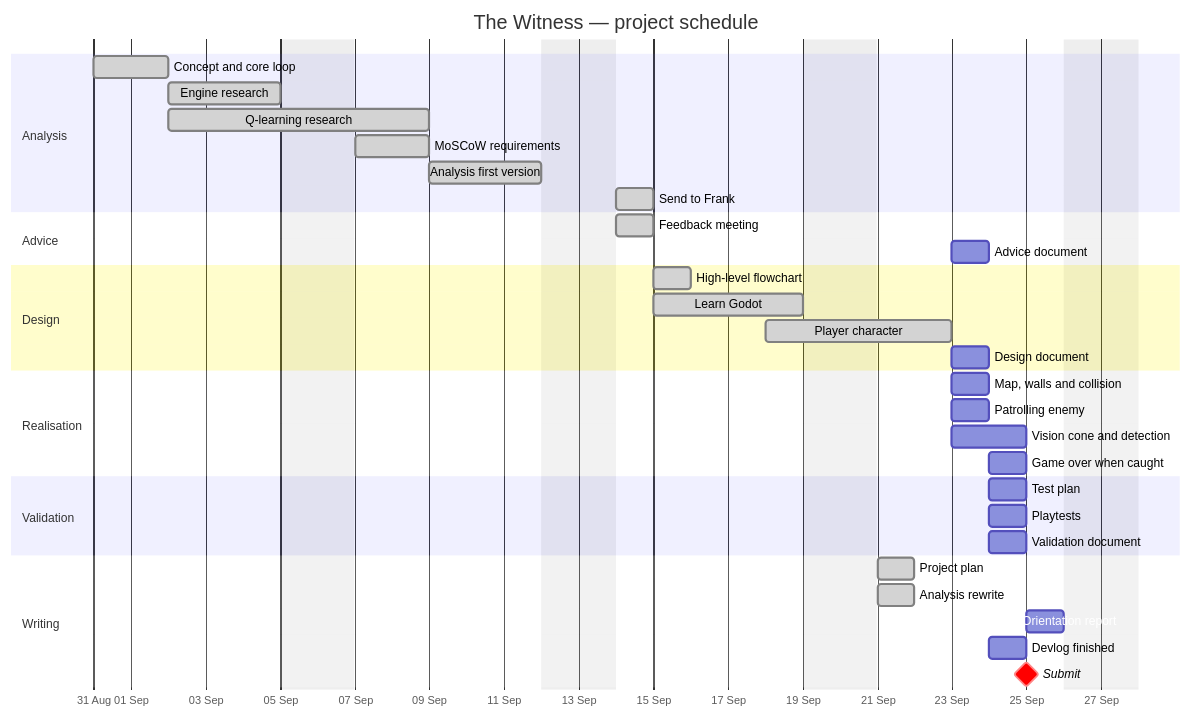
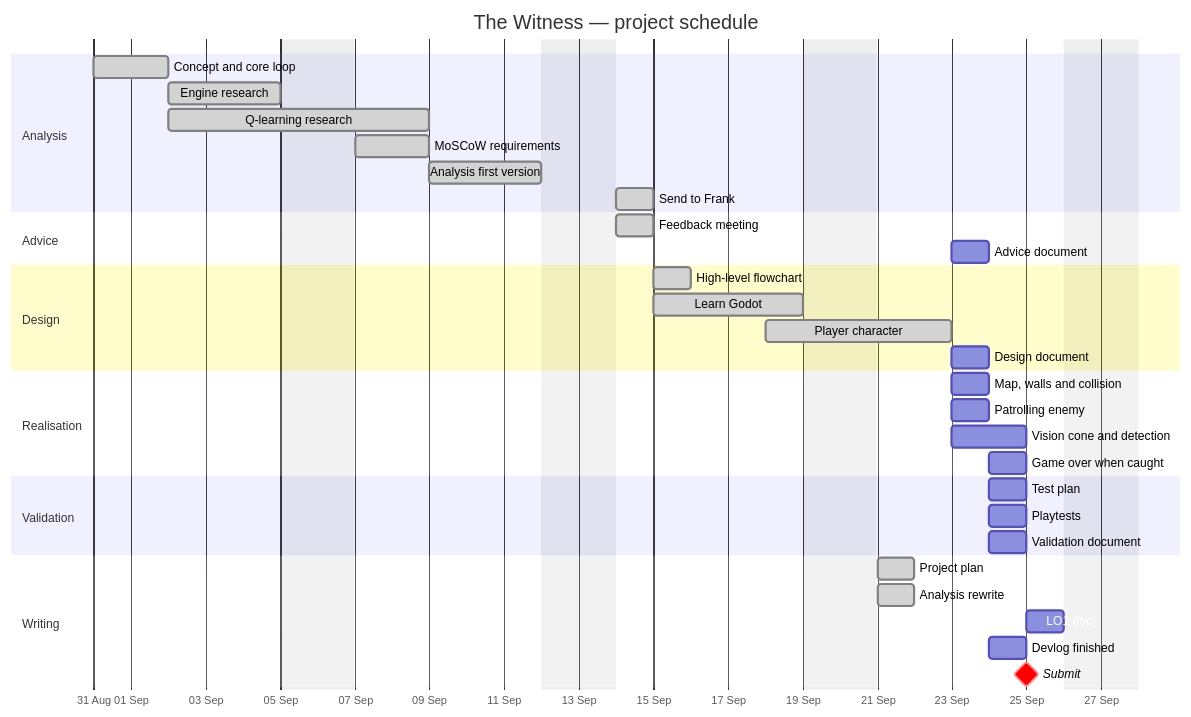
The diagram in First Semester/LO3 Professional Standard/Project Plan.md (Eslavic/Fontys-University), drawn with Mermaid before and after one commit. The commit also changed other lines of this file and 2 other files, not shown here.

````diff
--- a/First Semester/LO3 Professional Standard/Project Plan.md
+++ b/First Semester/LO3 Professional Standard/Project Plan.md
@@ -99,43 +100,43 @@
 ```mermaid
 gantt
     title The Witness — project schedule
     dateFormat YYYY-MM-DD
     axisFormat %d %b
     excludes weekends
 
     section Analysis
     Concept and core loop             :done, a1, 2026-08-31, 2d
     Engine research                   :done, a2, after a1, 3d
     Q-learning research               :done, a3, 2026-09-02, 5d
     MoSCoW requirements               :done, a4, 2026-09-07, 2d
     Analysis first version            :done, a5, 2026-09-09, 3d
     Send to Frank                     :done, a6, 2026-09-14, 1d
 
     section Advice
     Feedback meeting                  :done, b1, 2026-09-14, 1d
-	Advice document :b2, 2026-09-23, 1d
+    Advice document                   :b2, 2026-09-23, 1d
 
     section Design
     High-level flowchart              :done, c1, 2026-09-15, 1d
     Learn Godot                       :done, c2, 2026-09-15, 4d
     Player character                  :done, c3, 2026-09-18, 3d
-	Design document :c4, 2026-09-23, 1d
+    Design document                   :c4, 2026-09-23, 1d
 
     section Realisation
-	Map, walls and collision :d1, 2026-09-23, 1d
-	Patrolling enemy :d2, 2026-09-23, 1d
+    Map, walls and collision          :d1, 2026-09-23, 1d
+    Patrolling enemy                  :d2, 2026-09-23, 1d
     Vision cone and detection         :d3, 2026-09-23, 2d
     Game over when caught             :d4, 2026-09-24, 1d
 
     section Validation
     Test plan                         :e1, 2026-09-24, 1d
     Playtests                         :e2, 2026-09-24, 1d
     Validation document               :e3, 2026-09-24, 1d
 
     section Writing
     Project plan                      :done, f1, 2026-09-21, 1d
     Analysis rewrite                  :done, f2, 2026-09-21, 1d
-    Orientation report                :f5, 2026-09-25, 1d
+    LO1 doc                           :f5, 2026-09-25, 1d
     Devlog finished                   :f3, 2026-09-24, 1d
     Submit                            :milestone, crit, del, 2026-09-25, 0d
 ```
````
